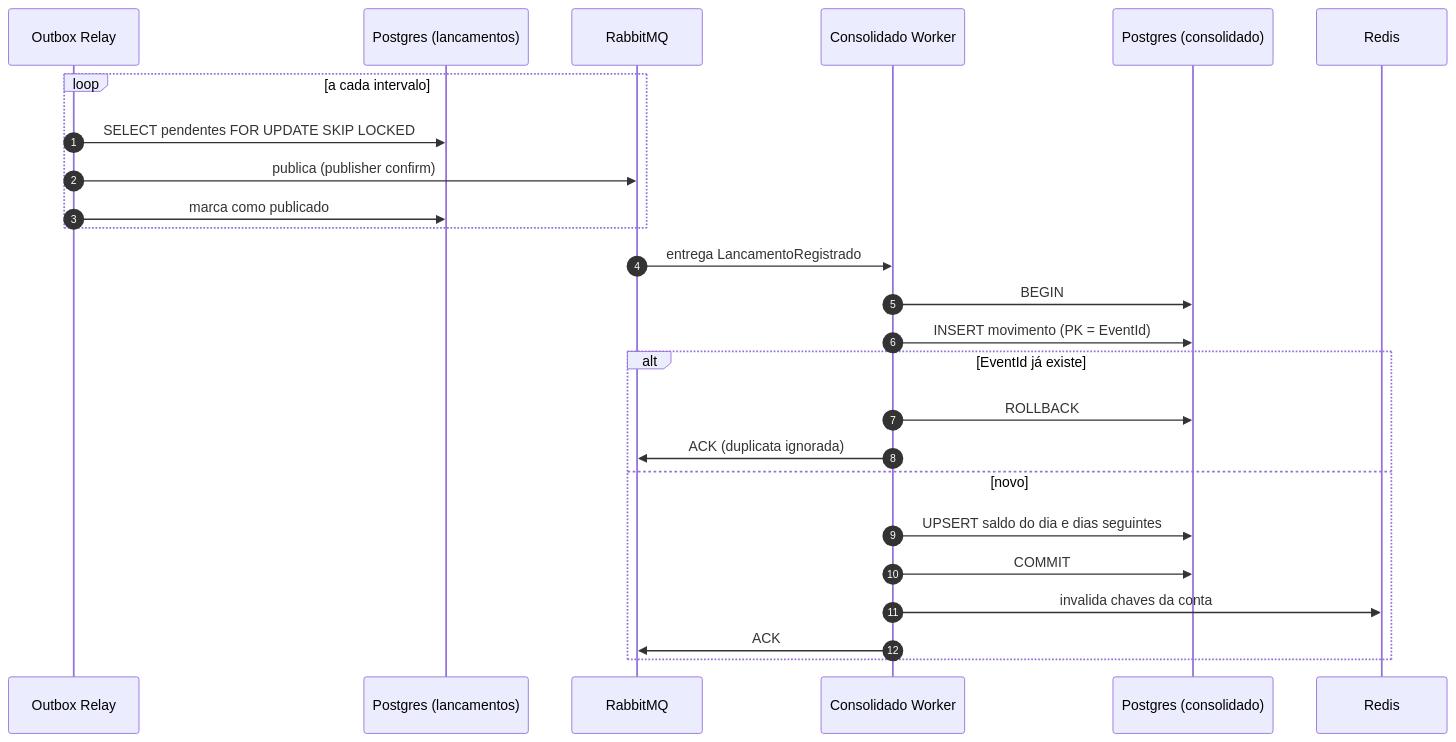
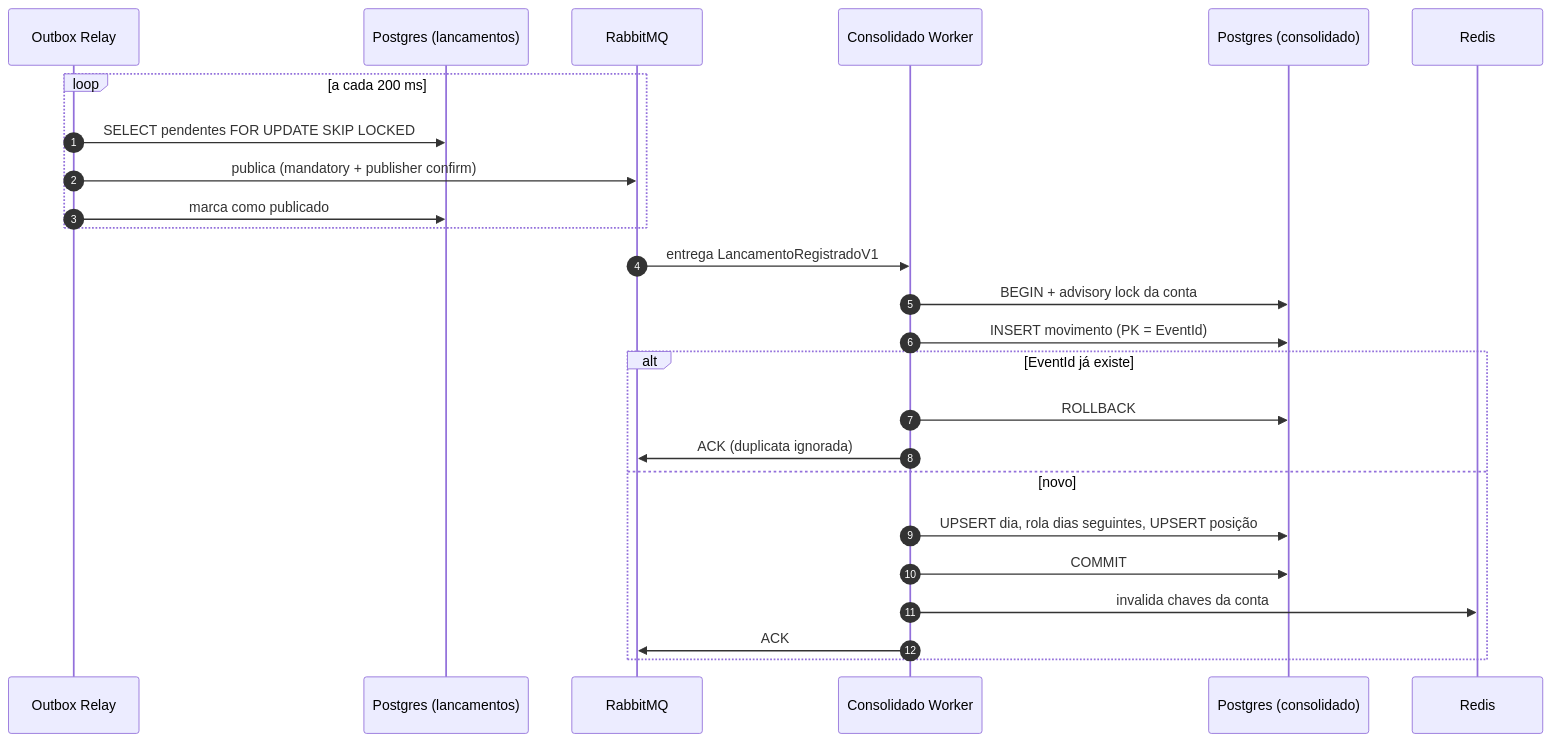
One commit to pedrolopesmcz/ledger-financeiro changed the third of 5 diagrams in docs/arquitetura.md. Above: the diagram before and after it, drawn with Mermaid. The commit also changed other lines of this file and 1 other file, not shown here.

````diff
--- a/docs/arquitetura.md
+++ b/docs/arquitetura.md
@@ -142,27 +145,27 @@
 ```mermaid
 sequenceDiagram
     autonumber
     participant R as Outbox Relay
     participant DB as Postgres (lancamentos)
     participant MQ as RabbitMQ
     participant W as Consolidado Worker
     participant CDB as Postgres (consolidado)
     participant K as Redis
-    loop a cada intervalo
+    loop a cada 200 ms
         R->>DB: SELECT pendentes FOR UPDATE SKIP LOCKED
-        R->>MQ: publica (publisher confirm)
+        R->>MQ: publica (mandatory + publisher confirm)
         R->>DB: marca como publicado
     end
-    MQ->>W: entrega LancamentoRegistrado
-    W->>CDB: BEGIN
+    MQ->>W: entrega LancamentoRegistradoV1
+    W->>CDB: BEGIN + advisory lock da conta
     W->>CDB: INSERT movimento (PK = EventId)
     alt EventId já existe
         W->>CDB: ROLLBACK
         W->>MQ: ACK (duplicata ignorada)
     else novo
-        W->>CDB: UPSERT saldo do dia e dias seguintes
+        W->>CDB: UPSERT dia, rola dias seguintes, UPSERT posição
         W->>CDB: COMMIT
         W->>K: invalida chaves da conta
         W->>MQ: ACK
     end
 ```
````
